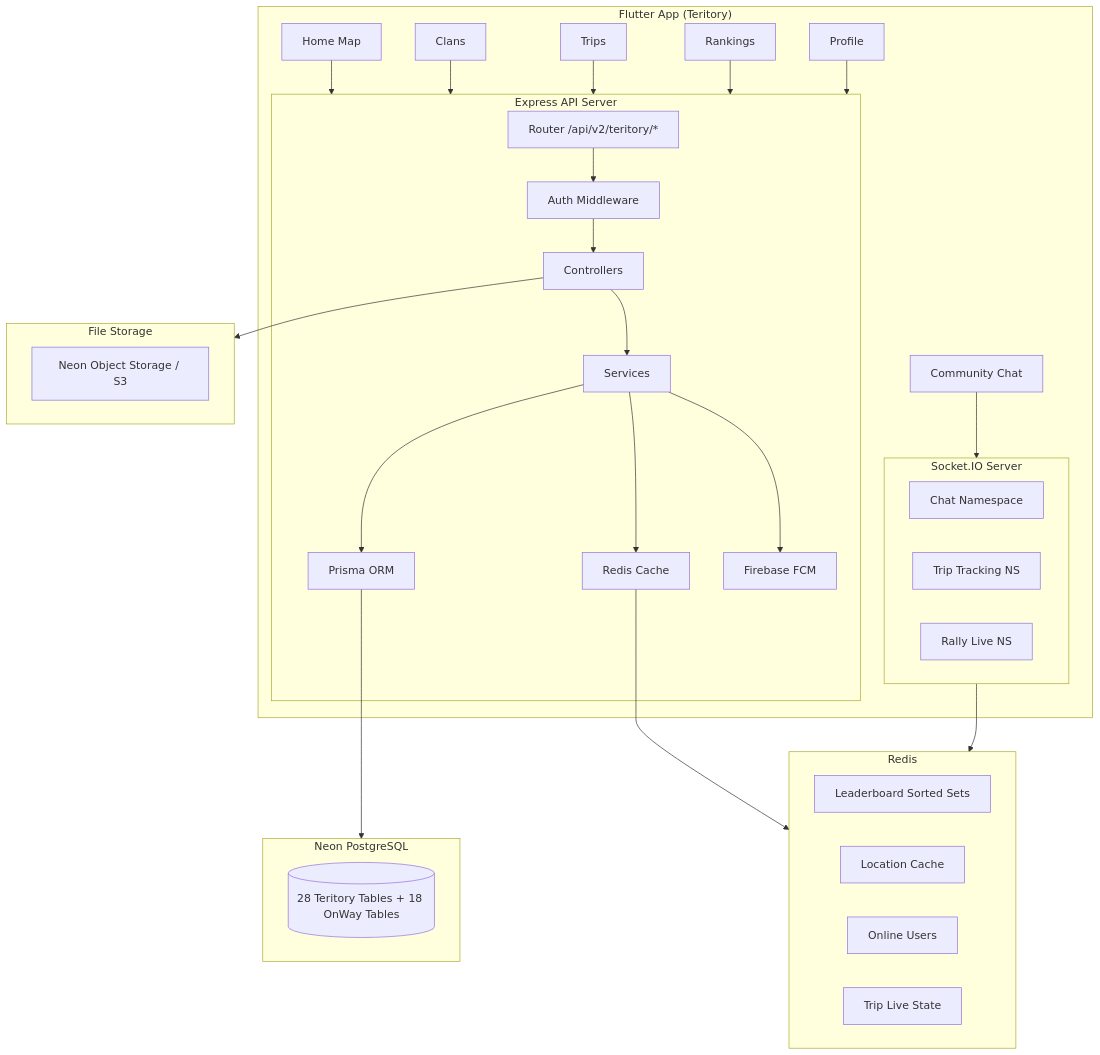
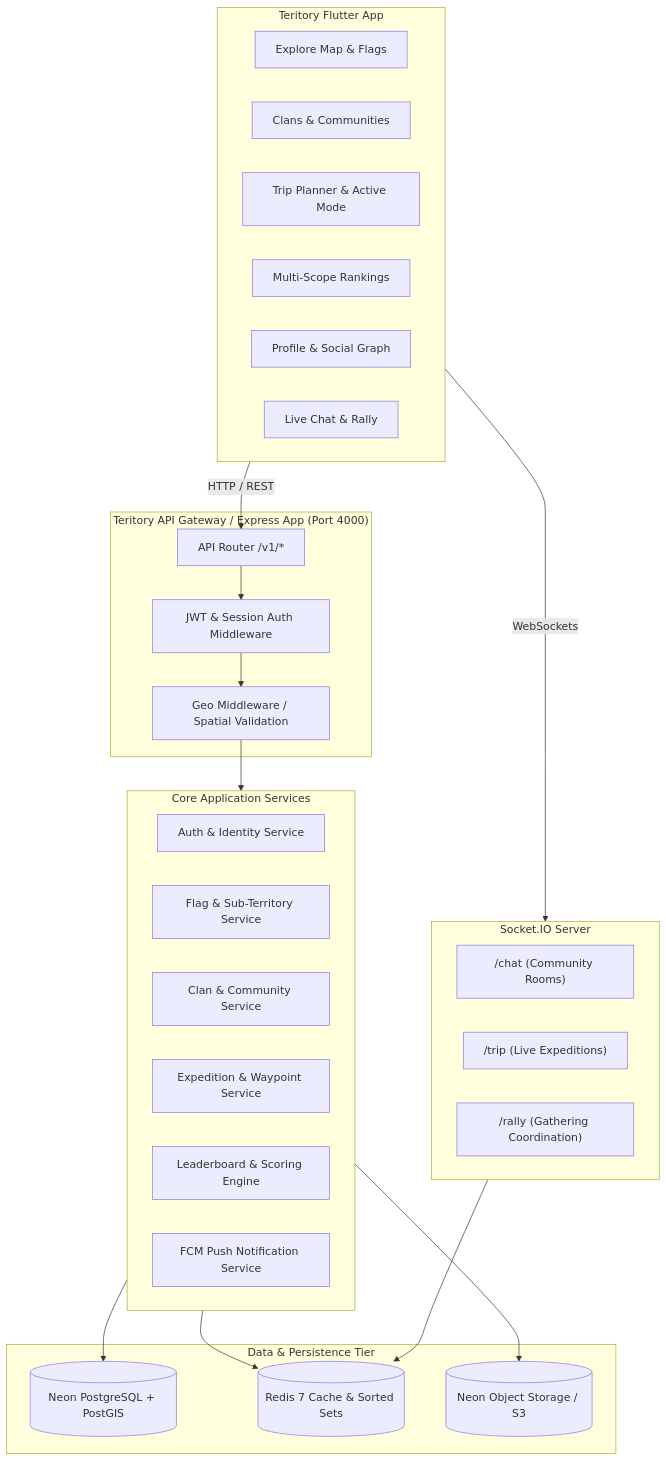
Before and after one commit to otomata-in/onway-backend-api: the first of 5 diagrams in teritory/docs/v2_backend_master_plan.md, drawn with Mermaid. The commit also changed other lines of this file, not shown here.

Commit message:
docs(teritory): redesign backend master plan as 100% standalone teritory-api

````diff
--- a/teritory/docs/v2_backend_master_plan.md
+++ b/teritory/docs/v2_backend_master_plan.md
@@ -29,47 +33,47 @@
 ```mermaid
 flowchart TD
-    subgraph Client["Flutter App (Teritory)"]
-        A[Home Map] --> API
-        B[Clans] --> API
-        C[Trips] --> API
-        D[Rankings] --> API
-        E[Profile] --> API
-        F[Community Chat] --> WS
+    subgraph Client["Teritory Flutter App"]
+        HM[Explore Map & Flags]
+        CL[Clans & Communities]
+        TR[Trip Planner & Active Mode]
+        LB[Multi-Scope Rankings]
+        PR[Profile & Social Graph]
+        CH[Live Chat & Rally]
     end
 
-    subgraph API["Express API Server"]
-        R[Router /api/v2/teritory/*]
-        MW[Auth Middleware]
-        R --> MW --> Ctrl[Controllers]
-        Ctrl --> Svc[Services]
-        Svc --> Prisma[Prisma ORM]
-        Svc --> RedisC[Redis Cache]
-        Svc --> FCM[Firebase FCM]
+    subgraph Gateway["Teritory API Gateway / Express App (Port 4000)"]
+        RT[API Router /v1/*]
+        AUTH[JWT & Session Auth Middleware]
+        GEO[Geo Middleware / Spatial Validation]
+        RT --> AUTH --> GEO
     end
 
-    subgraph WS["Socket.IO Server"]
-        Chat[Chat Namespace]
-        Trip[Trip Tracking NS]
-        Rally[Rally Live NS]
+    subgraph Sockets["Socket.IO Server"]
+        WS_CHAT["/chat (Community Rooms)"]
+        WS_TRIP["/trip (Live Expeditions)"]
+        WS_RALLY["/rally (Gathering Coordination)"]
     end
 
-    subgraph DB["Neon PostgreSQL"]
-        Tables[(28 Teritory Tables + 18 OnWay Tables)]
+    subgraph Services["Core Application Services"]
+        AUTH_SVC[Auth & Identity Service]
+        FLAG_SVC[Flag & Sub-Territory Service]
+        CLAN_SVC[Clan & Community Service]
+        TRIP_SVC[Expedition & Waypoint Service]
+        RANK_SVC[Leaderboard & Scoring Engine]
+        NOTIF_SVC[FCM Push Notification Service]
     end
 
-    subgraph Cache["Redis"]
-        LB[Leaderboard Sorted Sets]
-        LS[Location Cache]
-        OL[Online Users]
-        TL[Trip Live State]
+    subgraph DataStore["Data & Persistence Tier"]
+        PG[(Neon PostgreSQL + PostGIS)]
+        REDIS[(Redis 7 Cache & Sorted Sets)]
+        S3[(Neon Object Storage / S3)]
     end
 
-    subgraph Storage["File Storage"]
-        S3[Neon Object Storage / S3]
-    end
-
-    Prisma --> DB
-    RedisC --> Cache
-    WS --> Cache
-    Ctrl --> Storage
+    Client -- HTTP / REST --> RT
+    Client -- WebSockets --> Sockets
+    GEO --> Services
+    Services --> PG
+    Services --> REDIS
+    Services --> S3
+    Sockets --> REDIS
 ```
````
